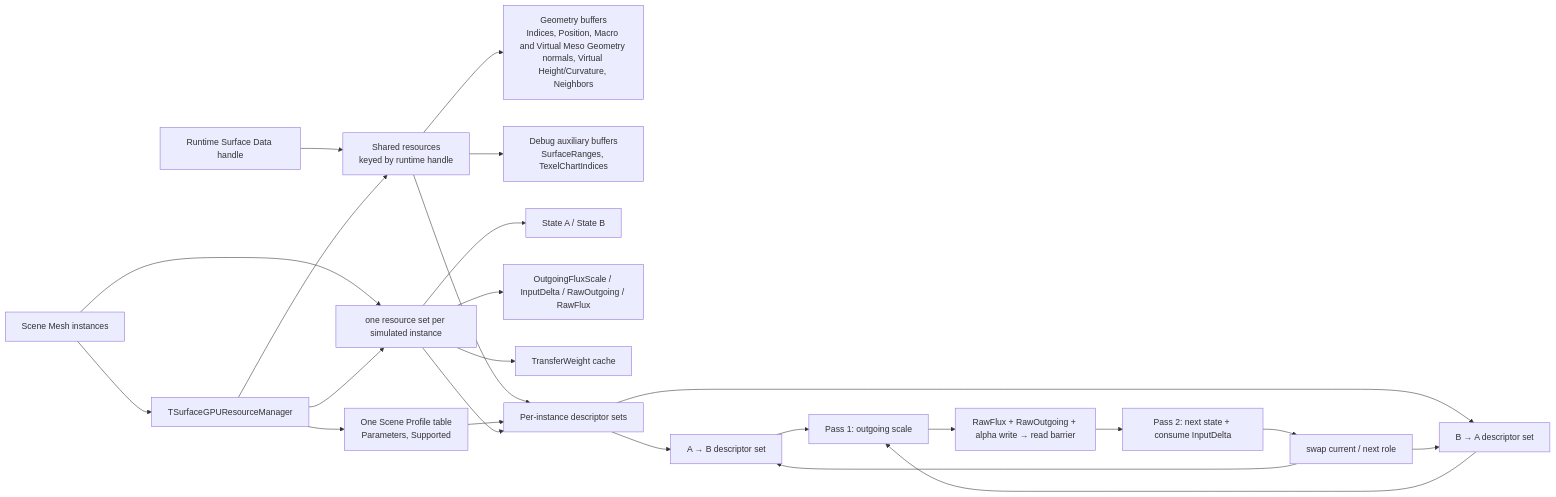
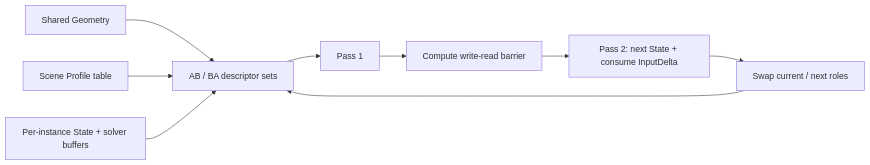
One commit to Yonaim/Material-Dependent-Surface-State-Engine changed the second of 3 diagrams in Docs/MDSSP-Vault/04_Architecture/0008_Surface-GPU-Data-Layout.md. Above: the diagram before and after it, drawn with Mermaid. The commit also changed other lines of this file and 55 other files, not shown here.

Commit message:
Docs: Flow Map과 Architecture 문서 체계 정리

````diff
--- a/Docs/MDSSP-Vault/04_Architecture/0008_Surface-GPU-Data-Layout.md
+++ b/Docs/MDSSP-Vault/04_Architecture/0008_Surface-GPU-Data-Layout.md
@@ -13,26 +33,11 @@
 ```mermaid
 flowchart LR
-  Scene["Scene Mesh instances"] --> Manager["TSurfaceGPUResourceManager"]
-  RuntimeHandle["Runtime Surface Data handle"] --> SharedResources
-  Manager --> SharedResources["Shared resources\nkeyed by runtime handle"]
-  SharedResources --> Geometry["Geometry buffers\nIndices, Position, Macro and Virtual Meso Geometry normals, Virtual Height/Curvature, Neighbors"]
-  SharedResources --> DebugAux["Debug auxiliary buffers\nSurfaceRanges, TexelChartIndices"]
-  Manager --> Profile["One Scene Profile table\nParameters, Supported"]
-  Scene --> PerInstance["one resource set per simulated instance"]
-  Manager --> PerInstance
-  PerInstance --> State["State A / State B"]
-  PerInstance --> Temp["OutgoingFluxScale / InputDelta / RawOutgoing / RawFlux"]
-  PerInstance --> Cache["TransferWeight cache"]
-  SharedResources --> Descriptor["Per-instance descriptor sets"]
-  Profile --> Descriptor
-  PerInstance --> Descriptor
-  Descriptor --> AB["A → B descriptor set"]
-  Descriptor --> BA["B → A descriptor set"]
-  AB --> Pass1["Pass 1: outgoing scale"]
-  BA --> Pass1
-  Pass1 --> Barrier["RawFlux + RawOutgoing + alpha write → read barrier"]
-  Barrier --> Pass2["Pass 2: next state + consume InputDelta"]
-  Pass2 --> Swap["swap current / next role"]
-  Swap --> AB
-  Swap --> BA
+  Geometry[Shared Geometry] --> Descriptors[AB / BA descriptor sets]
+  Profile[Scene Profile table] --> Descriptors
+  Instance[Per-instance State + solver buffers] --> Descriptors
+  Descriptors --> Pass1[Pass 1]
+  Pass1 --> Barrier[Compute write-read barrier]
+  Barrier --> Pass2[Pass 2: next State + consume InputDelta]
+  Pass2 --> Swap[Swap current / next roles]
+  Swap --> Descriptors
 ```
````
